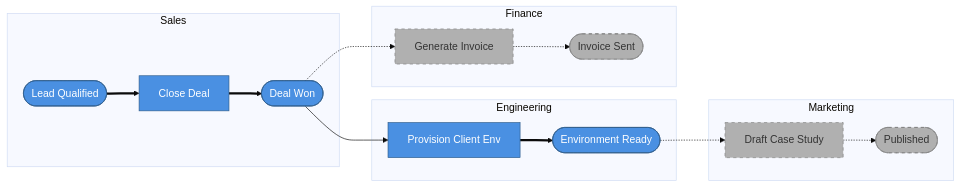
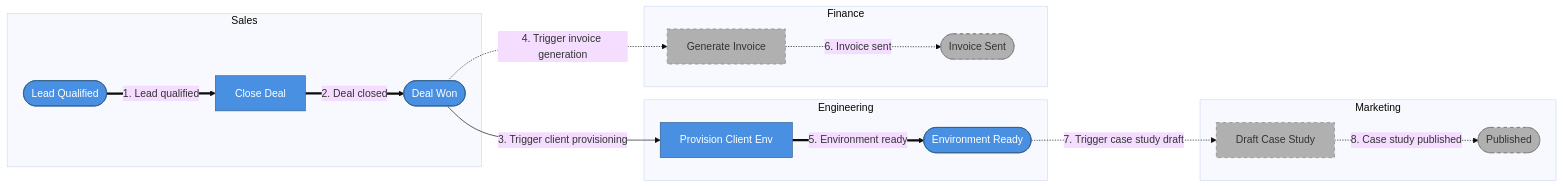
One commit to viiqswim/dozaldevs-ai-employee changed the fourth of 15 diagrams in docs/2026-03-22-2317-ai-employee-architecture.md. Above: the diagram before and after it, drawn with Mermaid (base theme). The commit also changed other lines of this file, not shown here.

Commit message:
docs: add numbered arrows and flow walkthroughs to all diagrams

````diff
--- a/docs/2026-03-22-2317-ai-employee-architecture.md
+++ b/docs/2026-03-22-2317-ai-employee-architecture.md
@@ -277,35 +326,35 @@
 ```mermaid
 flowchart LR
     subgraph Sales
         LEAD(["Lead Qualified"]):::active
         DEAL["Close Deal"]:::active
         WON(["Deal Won"]):::active
     end
 
     subgraph Engineering
         PROVISION["Provision Client Env"]:::active
         DEPLOY(["Environment Ready"]):::active
     end
 
     subgraph Finance
         INVOICE["Generate Invoice"]:::future
         SENT(["Invoice Sent"]):::future
     end
 
     subgraph Marketing
         CASE["Draft Case Study"]:::future
         PUB(["Published"]):::future
     end
 
-    LEAD ==> DEAL
-    DEAL ==> WON
-    WON --> PROVISION
-    WON -.-> INVOICE
-    PROVISION ==> DEPLOY
-    INVOICE -.-> SENT
-    DEPLOY -.-> CASE
-    CASE -.-> PUB
+    LEAD ==>|"1. Lead qualified"| DEAL
+    DEAL ==>|"2. Deal closed"| WON
+    WON -->|"3. Trigger client provisioning"| PROVISION
+    WON -.->|"4. Trigger invoice generation"| INVOICE
+    PROVISION ==>|"5. Environment ready"| DEPLOY
+    INVOICE -.->|"6. Invoice sent"| SENT
+    DEPLOY -.->|"7. Trigger case study draft"| CASE
+    CASE -.->|"8. Case study published"| PUB
 
     classDef active fill:#4A90E2,stroke:#2E5C8A,color:#fff
     classDef future fill:#B0B0B0,stroke:#808080,color:#333,stroke-dasharray:5
 ```
````
